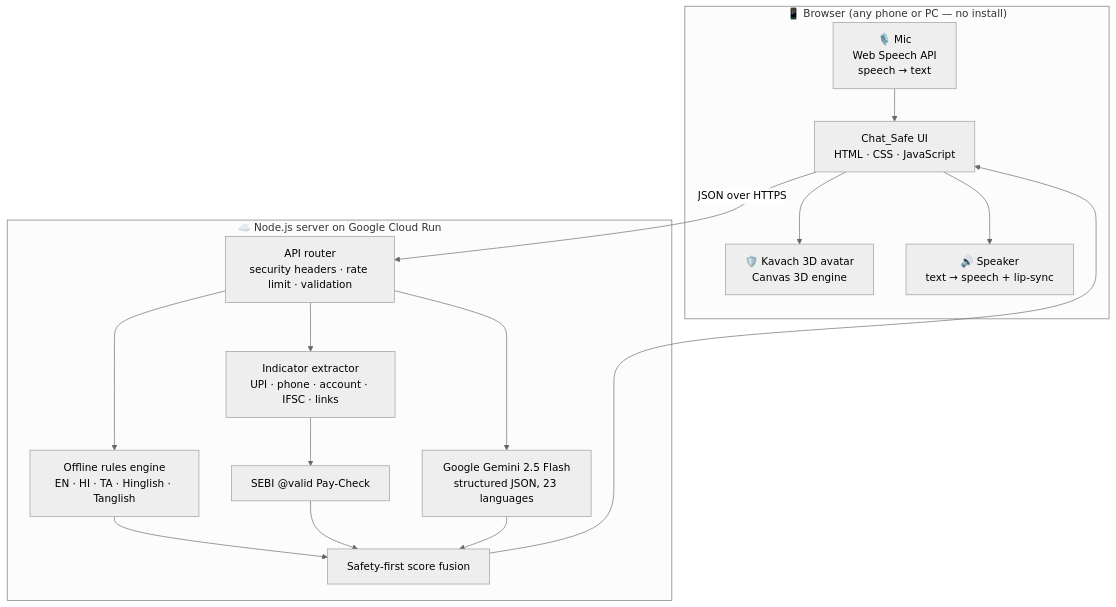
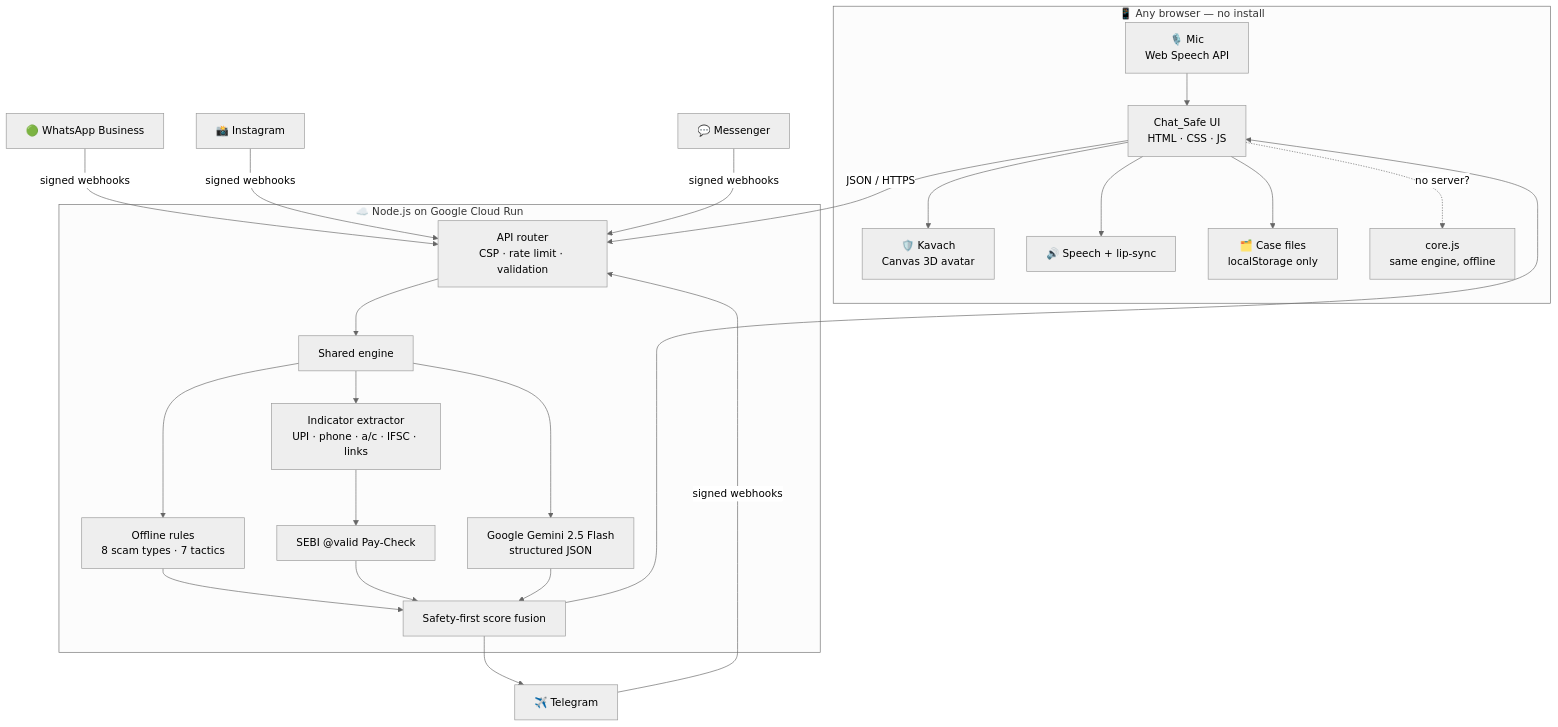
One commit to G-Jayakiruthika/Chat_Safe changed the first of 2 diagrams in README.md. Above: the diagram before and after it, drawn with Mermaid (neutral theme). The commit also changed other lines of this file and 43 other files, not shown here.

````diff
--- a/README.md
+++ b/README.md
@@ -31,19 +63,24 @@
 ```mermaid
 flowchart TB
-  subgraph Browser["📱 Browser (any phone or PC — no install)"]
-    MIC[🎙️ Mic<br/>Web Speech API<br/>speech → text] --> UI
-    UI[Chat_Safe UI<br/>HTML · CSS · JavaScript]
-    UI --> AV[🛡️ Kavach 3D avatar<br/>Canvas 3D engine]
-    UI --> TTS[🔊 Speaker<br/>text → speech + lip-sync]
+  subgraph Browser["📱 Any browser — no install"]
+    MIC["🎙️ Mic<br/>Web Speech API"] --> UI
+    UI["Chat_Safe UI<br/>HTML · CSS · JS"]
+    UI --> AV["🛡️ Kavach<br/>Canvas 3D avatar"]
+    UI --> TTS["🔊 Speech + lip-sync"]
+    UI --> LS["🗂️ Case files<br/>localStorage only"]
+    UI -. "no server?" .-> CORE["core.js<br/>same engine, offline"]
   end
-  UI -- "JSON over HTTPS" --> API
-  subgraph Server["☁️ Node.js server on Google Cloud Run"]
-    API[API router<br/>security headers · rate limit · validation]
-    API --> RULES[Offline rules engine<br/>EN · HI · TA · Hinglish · Tanglish]
-    API --> EXT[Indicator extractor<br/>UPI · phone · account · IFSC · links]
-    EXT --> SEBI[SEBI @valid Pay-Check]
-    API --> GEM[Google Gemini 2.5 Flash<br/>structured JSON, 23 languages]
-    RULES & SEBI & GEM --> FUSE[Safety-first score fusion]
+  UI -- "JSON / HTTPS" --> API
+  TG["✈️ Telegram"] & WA["🟢 WhatsApp Business"] & IG["📸 Instagram"] & FB["💬 Messenger"] -- "signed webhooks" --> API
+  subgraph Server["☁️ Node.js on Google Cloud Run"]
+    API["API router<br/>CSP · rate limit · validation"]
+    API --> ENG["Shared engine"]
+    ENG --> RULES["Offline rules<br/>8 scam types · 7 tactics"]
+    ENG --> EXT["Indicator extractor<br/>UPI · phone · a/c · IFSC · links"]
+    EXT --> SEBI["SEBI @valid Pay-Check"]
+    ENG --> GEM["Google Gemini 2.5 Flash<br/>structured JSON"]
+    RULES & SEBI & GEM --> FUSE["Safety-first score fusion"]
   end
   FUSE --> UI
+  FUSE --> TG
 ```
````
